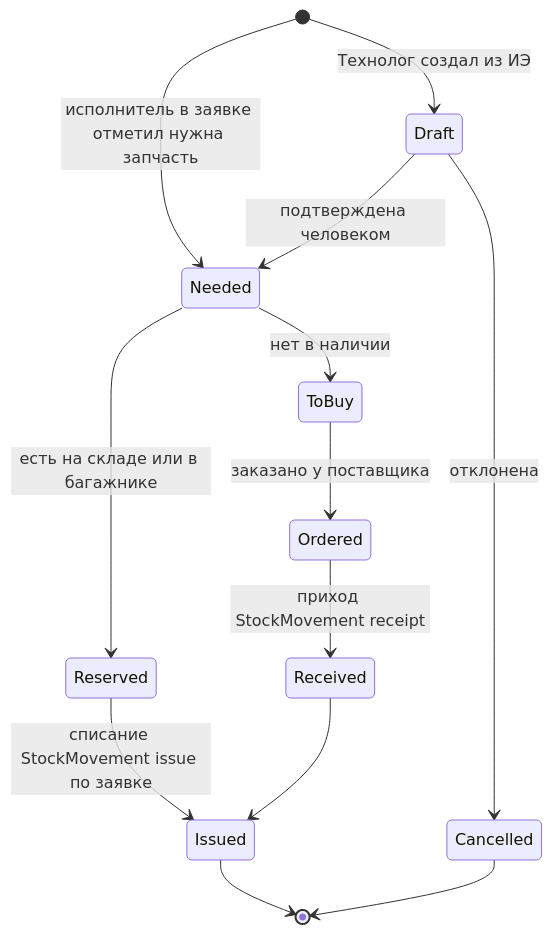
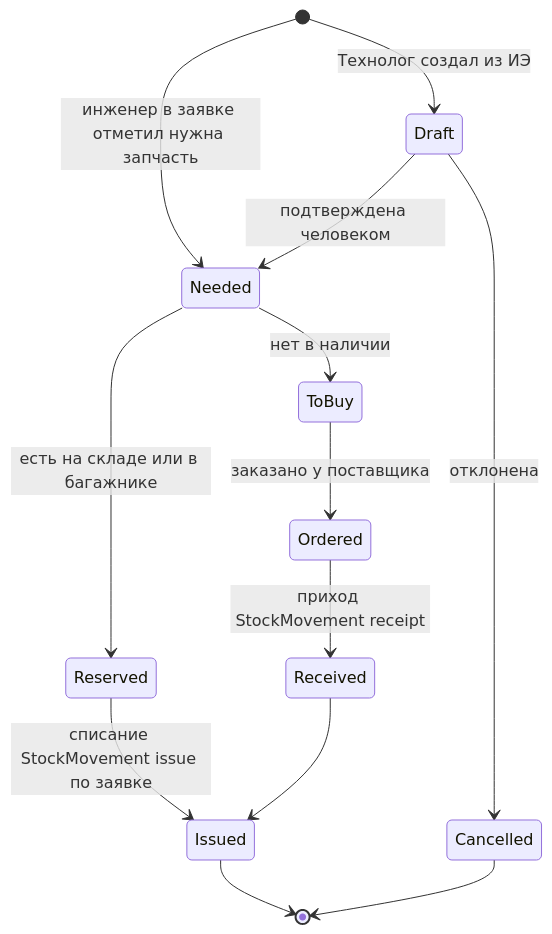
The fifth of 8 diagrams in TOIR_AI_SYSTEM_DESIGN.md (masterdoc-app/masterdoc), drawn with Mermaid before and after one commit. The commit also changed other lines of this file, not shown here.

````diff
--- a/TOIR_AI_SYSTEM_DESIGN.md
+++ b/TOIR_AI_SYSTEM_DESIGN.md
@@ -348,15 +348,15 @@
 ```mermaid
 stateDiagram-v2
   [*] --> Draft: Технолог создал из ИЭ
-  [*] --> Needed: исполнитель в заявке отметил нужна запчасть
+  [*] --> Needed: инженер в заявке отметил нужна запчасть
   Draft --> Needed: подтверждена человеком
   Draft --> Cancelled: отклонена
   Needed --> Reserved: есть на складе или в багажнике
   Needed --> ToBuy: нет в наличии
   ToBuy --> Ordered: заказано у поставщика
   Ordered --> Received: приход StockMovement receipt
   Reserved --> Issued: списание StockMovement issue по заявке
   Received --> Issued
   Issued --> [*]
   Cancelled --> [*]
 ```
````
